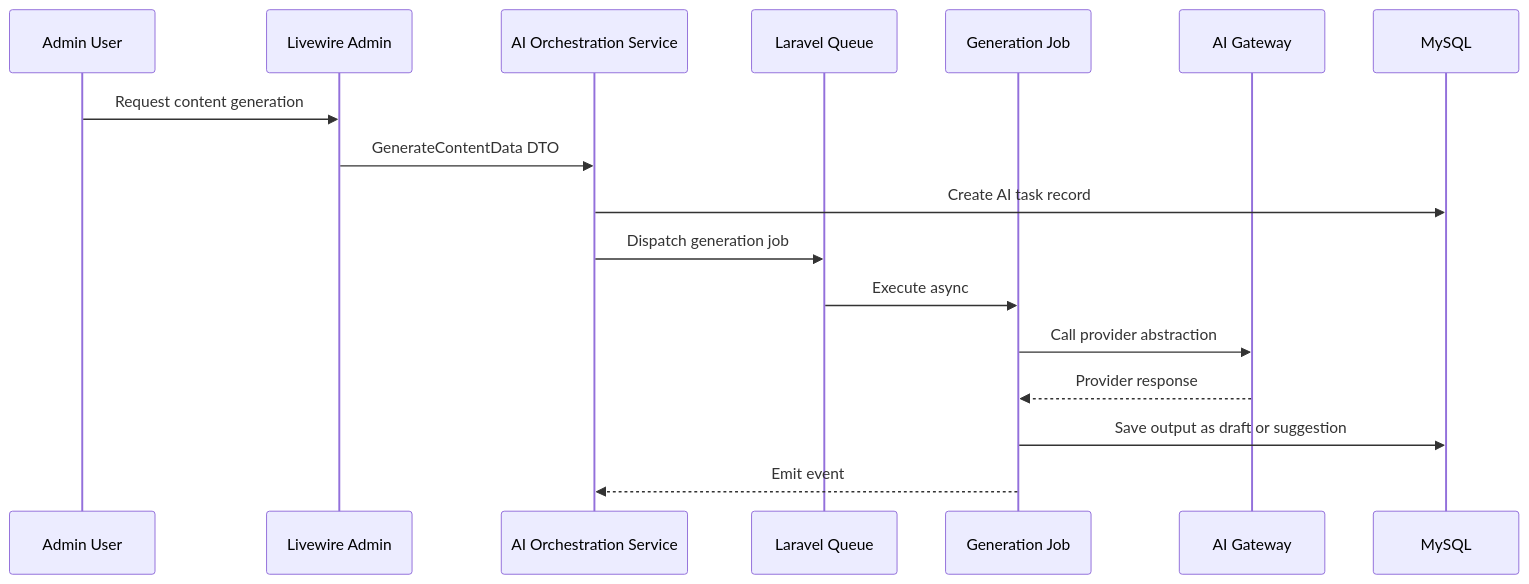
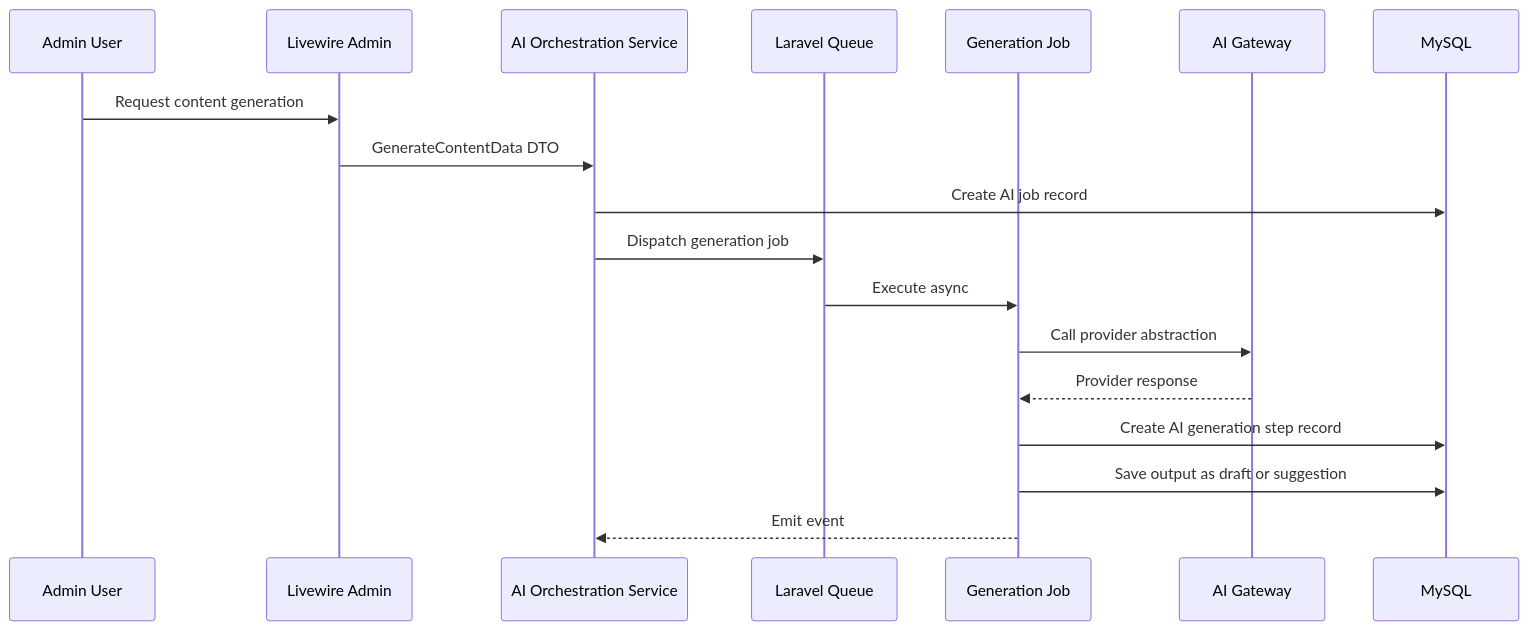
The fifth of 7 diagrams in docs/ARCHITECTURE.md (shamamit11/wwb-service), drawn with Mermaid before and after one commit. The commit also changed other lines of this file and 13 other files, not shown here.

````diff
--- a/docs/ARCHITECTURE.md
+++ b/docs/ARCHITECTURE.md
@@ -253,20 +253,21 @@
 ```mermaid
 sequenceDiagram
     participant Admin as Admin User
     participant UI as Livewire Admin
     participant Service as AI Orchestration Service
     participant Queue as Laravel Queue
     participant Job as Generation Job
     participant Gateway as AI Gateway
     participant DB as MySQL
 
     Admin->>UI: Request content generation
     UI->>Service: GenerateContentData DTO
-    Service->>DB: Create AI task record
+    Service->>DB: Create AI job record
     Service->>Queue: Dispatch generation job
     Queue->>Job: Execute async
     Job->>Gateway: Call provider abstraction
     Gateway-->>Job: Provider response
+    Job->>DB: Create AI generation step record
     Job->>DB: Save output as draft or suggestion
     Job-->>Service: Emit event
 ```
````
